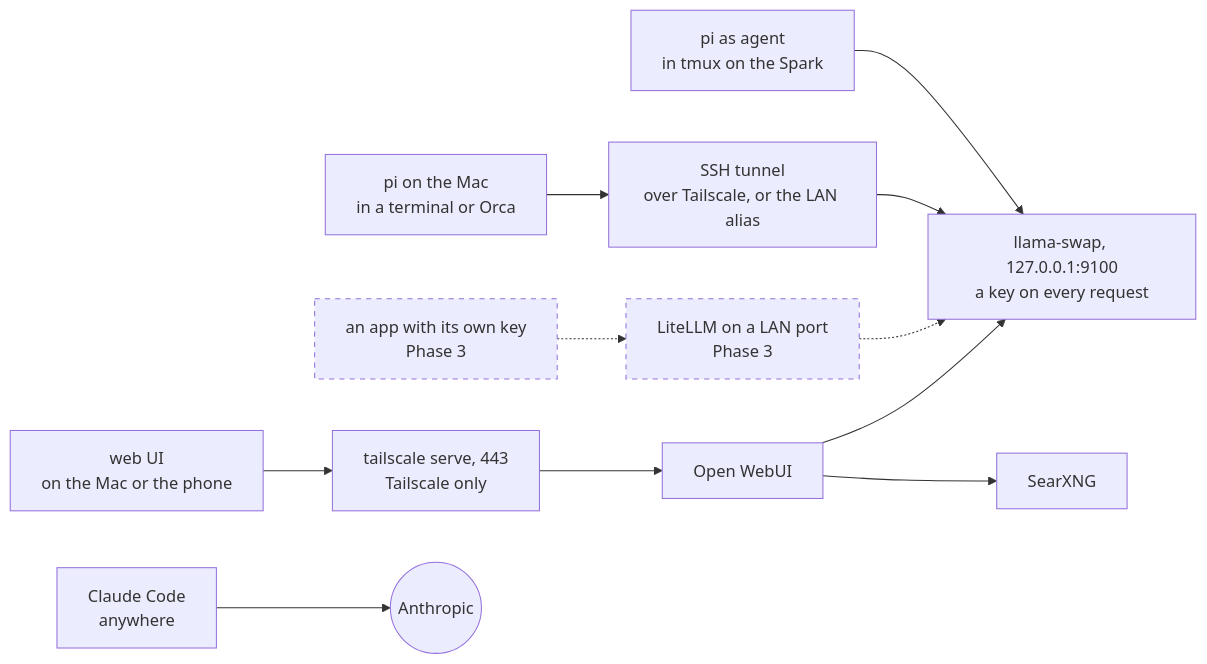
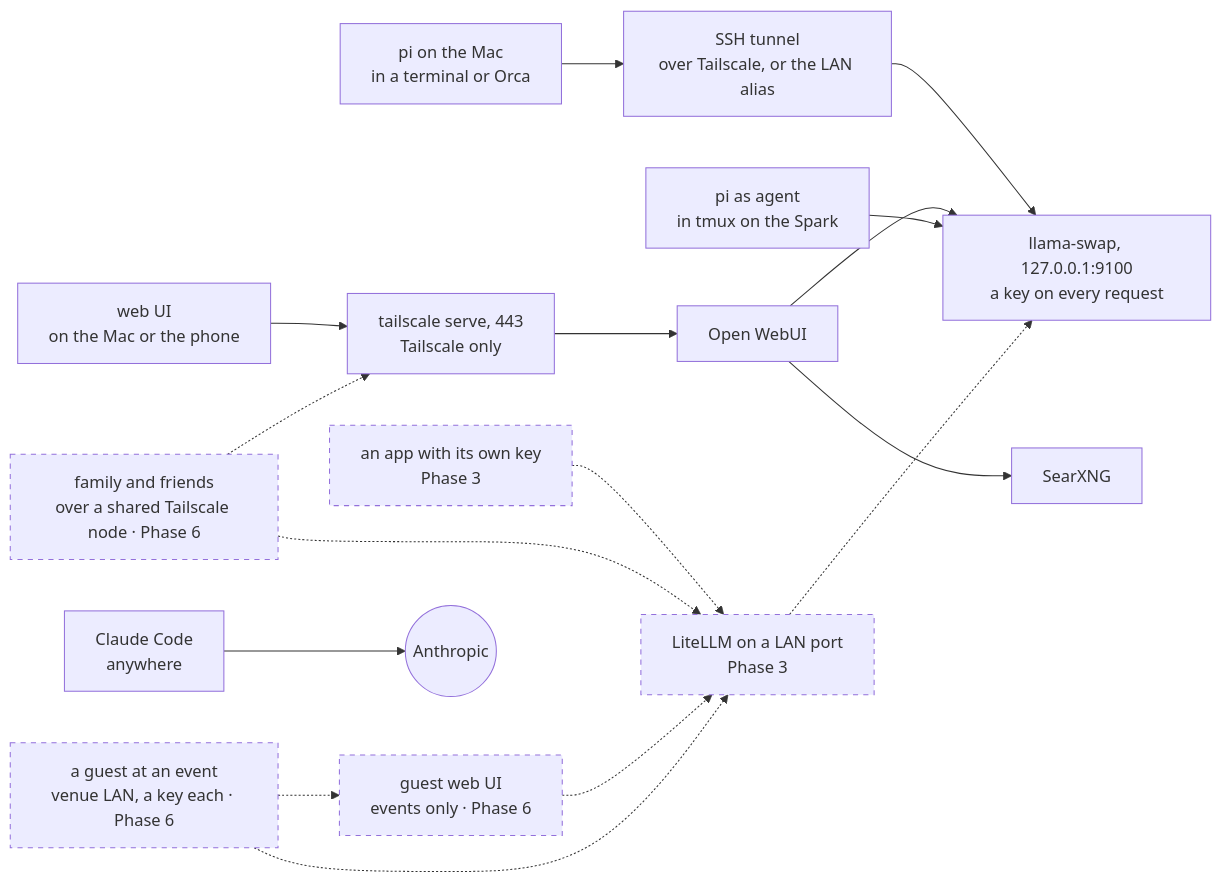
Before and after one commit to chendaniely/local-ai: the second of 4 diagrams in website/architecture.qmd, drawn with Mermaid. The commit also changed other lines of this file and 1 other file, not shown here.

First line of the commit message:
docs(plan): 🤖 Phase 6: other people, over Tailscale and at events

````diff
--- a/website/architecture.qmd
+++ b/website/architecture.qmd
@@ -88,25 +96,32 @@
 ```{mermaid}
 flowchart LR
   classDef planned stroke-dasharray: 5 5
 
   piT["pi on the Mac<br/>in a terminal or Orca"]
   ui["web UI<br/>on the Mac or the phone"]
   piA["pi as agent<br/>in tmux on the Spark"]
   cc["Claude Code<br/>anywhere"]
   app["an app with its own key<br/>Phase 3"]:::planned
+  fam["family and friends<br/>over a shared Tailscale node · Phase 6"]:::planned
+  guest["a guest at an event<br/>venue LAN, a key each · Phase 6"]:::planned
 
   tunnel["SSH tunnel<br/>over Tailscale, or the LAN alias"]
+  guestui["guest web UI<br/>events only · Phase 6"]:::planned
   serve["tailscale serve, 443<br/>Tailscale only"]
   owui["Open WebUI"]
   searx["SearXNG"]
   swap["llama-swap, 127.0.0.1:9100<br/>a key on every request"]
   litellm["LiteLLM on a LAN port<br/>Phase 3"]:::planned
   anthropic(("Anthropic"))
 
   piT --> tunnel --> swap
   ui --> serve --> owui --> swap
   owui --> searx
   piA --> swap
   cc --> anthropic
   app -.-> litellm -.-> swap
+  fam -.-> serve
+  fam -.-> litellm
+  guest -.-> guestui -.-> litellm
+  guest -.-> litellm
 ```
````
